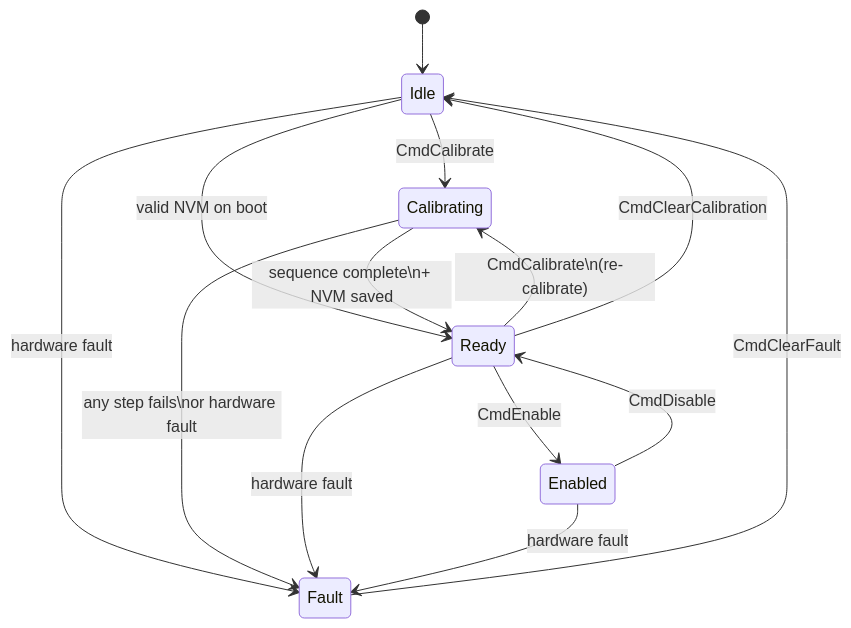
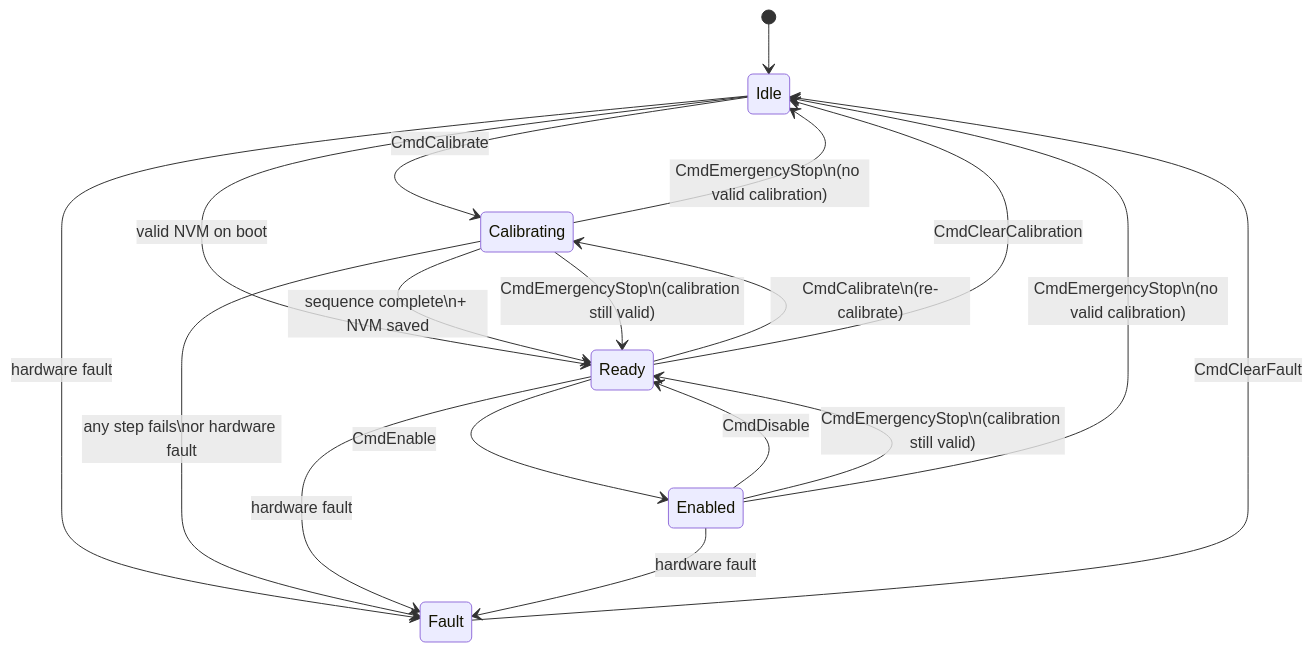
Before and after one commit to embedded-pro/e-foc: the first of 7 diagrams in documentation/design/state-machine.md, drawn with Mermaid. The commit also changed other lines of this file and 320 other files, not shown here.

````diff
--- a/documentation/design/state-machine.md
+++ b/documentation/design/state-machine.md
@@ -63,21 +63,25 @@
 ```mermaid
 stateDiagram-v2
     [*] --> Idle
 
     Idle --> Calibrating : CmdCalibrate
     Idle --> Ready : valid NVM on boot
     Idle --> Fault : hardware fault
 
     Calibrating --> Ready : sequence complete\n+ NVM saved
+    Calibrating --> Ready : CmdEmergencyStop\n(calibration still valid)
+    Calibrating --> Idle : CmdEmergencyStop\n(no valid calibration)
     Calibrating --> Fault : any step fails\nor hardware fault
 
     Ready --> Enabled : CmdEnable
     Ready --> Calibrating : CmdCalibrate\n(re-calibrate)
     Ready --> Idle : CmdClearCalibration
     Ready --> Fault : hardware fault
 
     Enabled --> Ready : CmdDisable
+    Enabled --> Ready : CmdEmergencyStop\n(calibration still valid)
+    Enabled --> Idle : CmdEmergencyStop\n(no valid calibration)
     Enabled --> Fault : hardware fault
 
     Fault --> Idle : CmdClearFault
 ```
````
